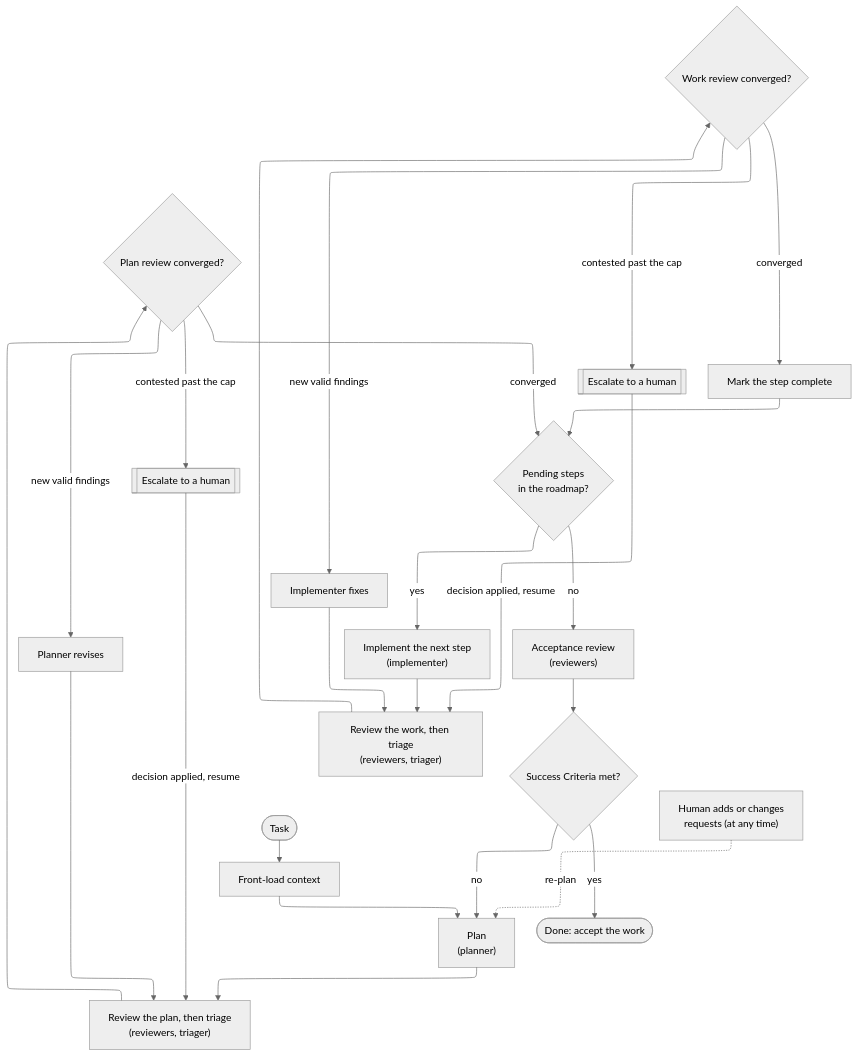
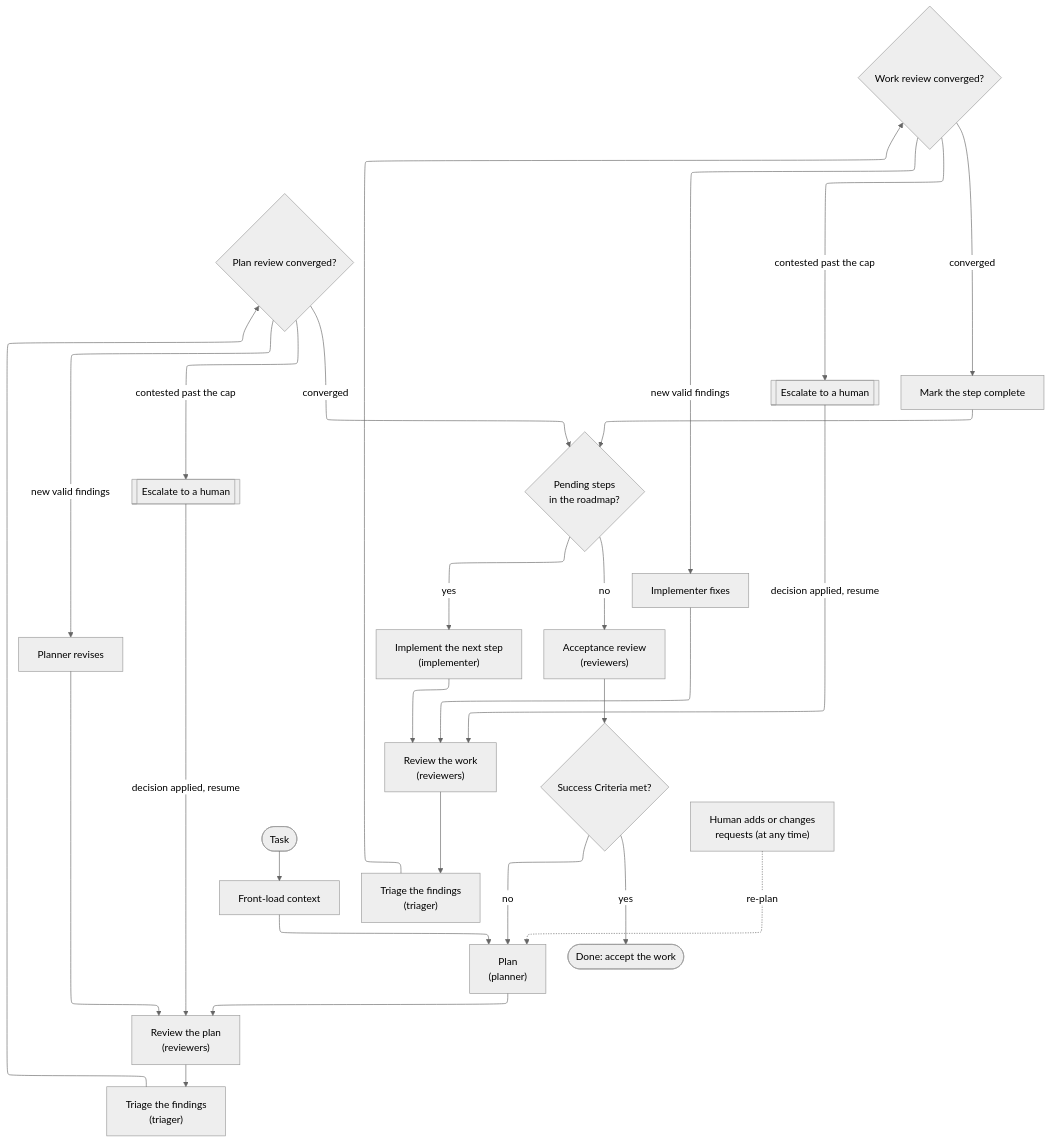
The diagram in README.md (nothingnesses/agent-scaffold), drawn with Mermaid (neutral theme) before and after one commit.

Commit message:
docs: split review and triage into separate nodes in workflow diagram

````diff
--- a/README.md
+++ b/README.md
@@ -79,30 +79,32 @@
 ```mermaid
 ---
 config:
   layout: elk
 ---
 flowchart TB
     start(["Task"]) --> ctx["Front-load context"]
     ctx --> plan["Plan<br/>(planner)"]
-    plan --> preview["Review the plan, then triage<br/>(reviewers, triager)"]
-    preview --> pdec{"Plan review converged?"}
+    plan --> preview["Review the plan<br/>(reviewers)"]
+    preview --> ptriage["Triage the findings<br/>(triager)"]
+    ptriage --> pdec{"Plan review converged?"}
     pdec -->|new valid findings| previse["Planner revises"]
     previse --> preview
     pdec -->|contested past the cap| pesc[["Escalate to a human"]]
     pesc -->|decision applied, resume| preview
     pdec -->|converged| steps{"Pending steps<br/>in the roadmap?"}
     steps -->|yes| impl["Implement the next step<br/>(implementer)"]
-    impl --> wreview["Review the work, then triage<br/>(reviewers, triager)"]
-    wreview --> wdec{"Work review converged?"}
+    impl --> wreview["Review the work<br/>(reviewers)"]
+    wreview --> wtriage["Triage the findings<br/>(triager)"]
+    wtriage --> wdec{"Work review converged?"}
     wdec -->|new valid findings| wfix["Implementer fixes"]
     wfix --> wreview
     wdec -->|contested past the cap| wesc[["Escalate to a human"]]
     wesc -->|decision applied, resume| wreview
     wdec -->|converged| mark["Mark the step complete"]
     mark --> steps
     steps -->|no| accept["Acceptance review<br/>(reviewers)"]
     accept --> adec{"Success Criteria met?"}
     adec -->|no| plan
     adec -->|yes| done(["Done: accept the work"])
     interrupt["Human adds or changes<br/>requests (at any time)"] -.->|re-plan| plan
 ```
````
